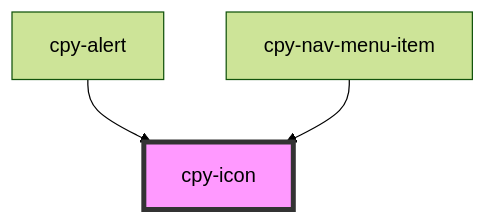
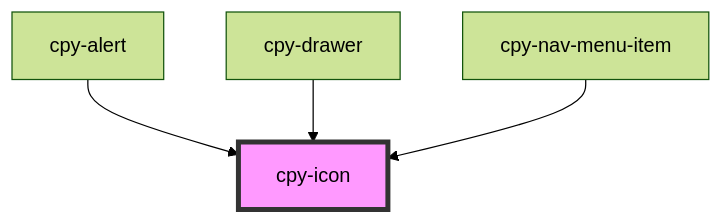
Before and after one commit to Lith1um/Canopy-Stencil: the diagram in stencil-lib/src/components/icon/readme.md, drawn with Mermaid (forest theme). The commit also changed other lines of this file and 23 other files, not shown here.

````diff
--- a/stencil-lib/src/components/icon/readme.md
+++ b/stencil-lib/src/components/icon/readme.md
@@ -16,6 +17,7 @@
 ```mermaid
 graph TD;
   cpy-alert --> cpy-icon
+  cpy-drawer --> cpy-icon
   cpy-nav-menu-item --> cpy-icon
   style cpy-icon fill:#f9f,stroke:#333,stroke-width:4px
 ```
````
